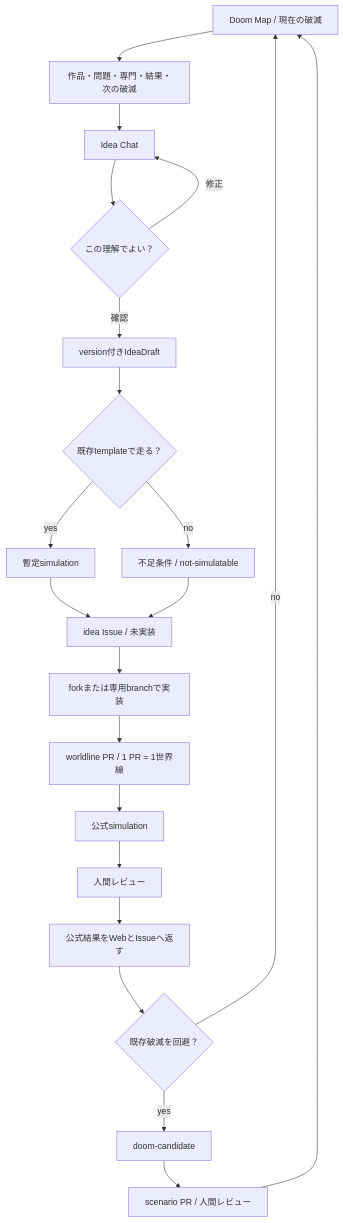
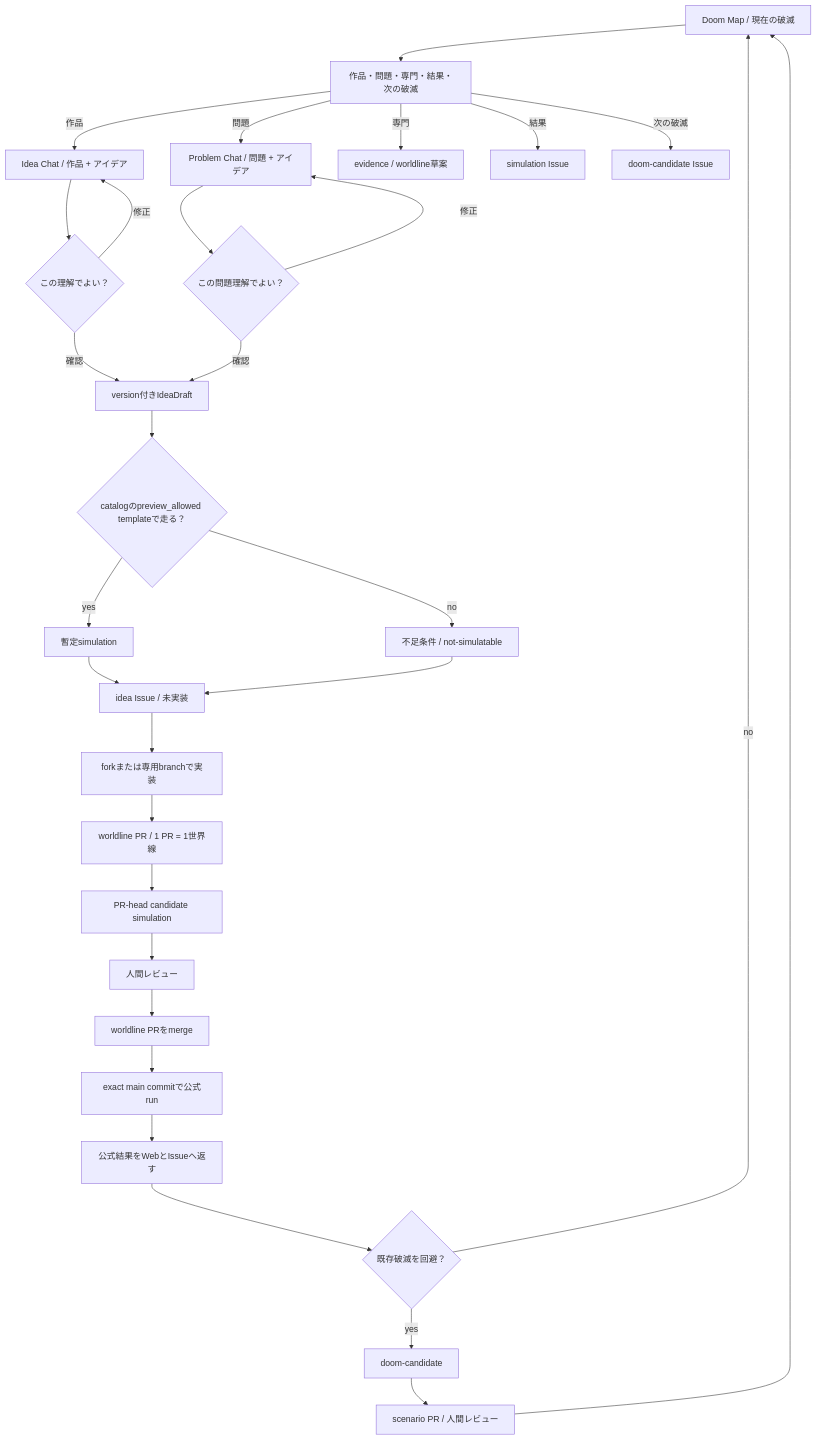
One commit to nexus-ai-2045/fiction-forks changed the diagram in docs/ux-flow.md. Above: the diagram before and after it, drawn with Mermaid. The commit also changed other lines of this file and 11 other files, not shown here.

````diff
--- a/docs/ux-flow.md
+++ b/docs/ux-flow.md
@@ -9,23 +9,32 @@
 ```mermaid
 flowchart TD
     doom["Doom Map / 現在の破滅"] --> entry["作品・問題・専門・結果・次の破滅"]
-    entry --> chat["Idea Chat"]
+    entry -->|作品| chat["Idea Chat / 作品 + アイデア"]
+    entry -->|問題| problemChat["Problem Chat / 問題 + アイデア"]
+    entry -->|専門| evidence["evidence / worldline草案"]
+    entry -->|結果| simulationIssue["simulation Issue"]
+    entry -->|次の破滅| doomIssue["doom-candidate Issue"]
     chat --> understanding{"この理解でよい？"}
     understanding -->|修正| chat
     understanding -->|確認| draft["version付きIdeaDraft"]
-    draft --> preview{"既存templateで走る？"}
+    problemChat --> problemUnderstanding{"この問題理解でよい？"}
+    problemUnderstanding -->|修正| problemChat
+    problemUnderstanding -->|確認| draft
+    draft --> preview{"catalogのpreview_allowed templateで走る？"}
     preview -->|yes| provisional["暫定simulation"]
     preview -->|no| missing["不足条件 / not-simulatable"]
     provisional --> issue["idea Issue / 未実装"]
     missing --> issue
     issue --> build["forkまたは専用branchで実装"]
     build --> worldline["worldline PR / 1 PR = 1世界線"]
-    worldline --> checks["公式simulation"]
+    worldline --> checks["PR-head candidate simulation"]
     checks --> review["人間レビュー"]
-    review --> result["公式結果をWebとIssueへ返す"]
+    review --> merged["worldline PRをmerge"]
+    merged --> mainRun["exact main commitで公式run"]
+    mainRun --> result["公式結果をWebとIssueへ返す"]
     result --> avoided{"既存破滅を回避？"}
     avoided -->|no| doom
     avoided -->|yes| candidate["doom-candidate"]
     candidate --> scenario["scenario PR / 人間レビュー"]
     scenario --> doom
 ```
````
